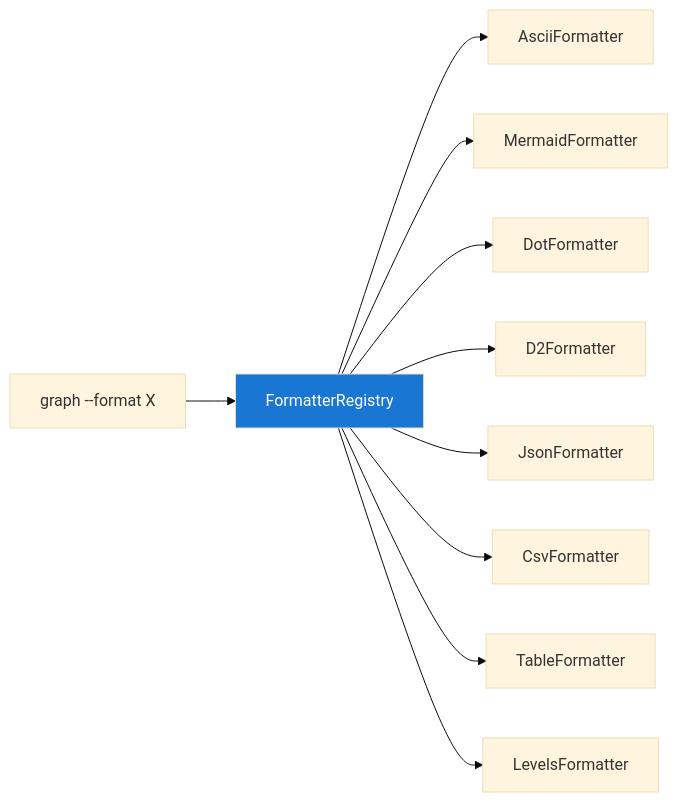
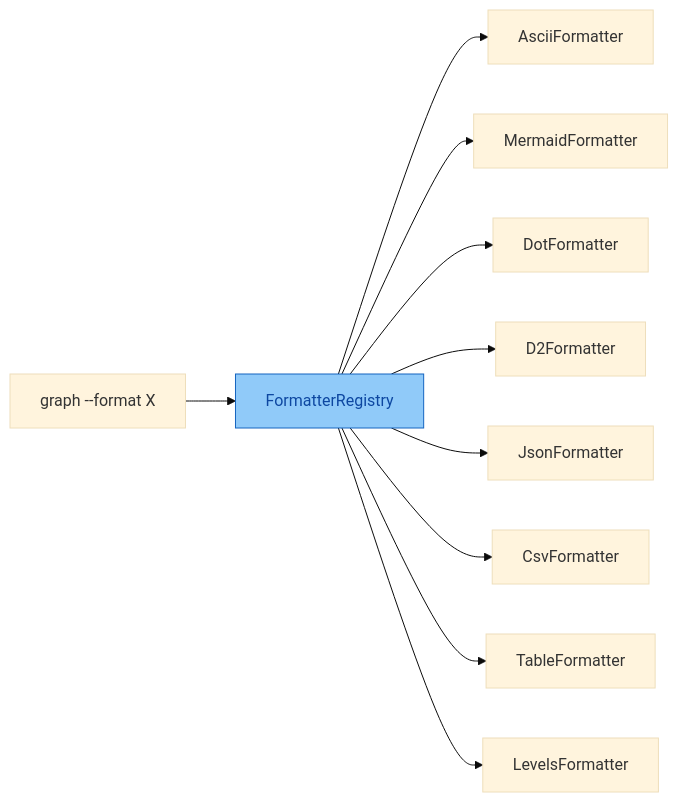
Before and after one commit to genkit-ai/genkit-python: the first of 2 diagrams in tools/releasekit/docs/docs/reference/formatters.md, drawn with Mermaid (base theme). The commit also changed 208 other files, not shown here.

````diff
--- a/tools/releasekit/docs/docs/reference/formatters.md
+++ b/tools/releasekit/docs/docs/reference/formatters.md
@@ -13,18 +13,18 @@
 ```mermaid
 graph LR
     CLI["graph --format X"]
     REG["FormatterRegistry"]
     ASCII["AsciiFormatter"]
     MERMAID["MermaidFormatter"]
     DOT["DotFormatter"]
     D2["D2Formatter"]
     JSON["JsonFormatter"]
     CSV["CsvFormatter"]
     TABLE["TableFormatter"]
     LEVELS["LevelsFormatter"]
 
     CLI --> REG
     REG --> ASCII & MERMAID & DOT & D2 & JSON & CSV & TABLE & LEVELS
 
-    style REG fill:#1976d2,color:#fff
+    style REG fill:#90caf9,stroke:#1565c0,color:#0d47a1
 ```
````
